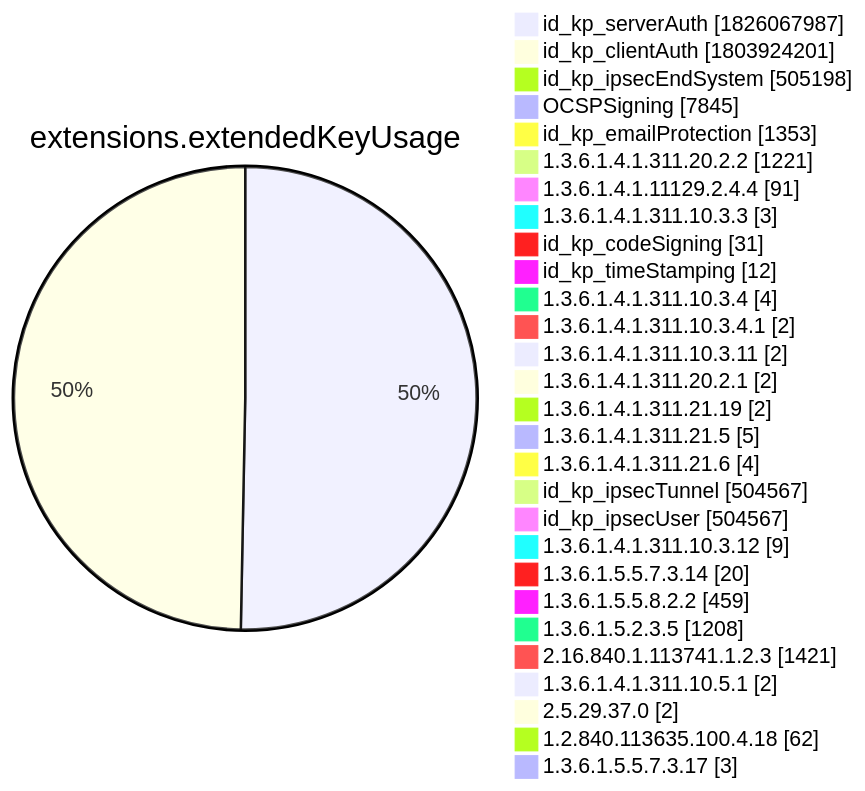
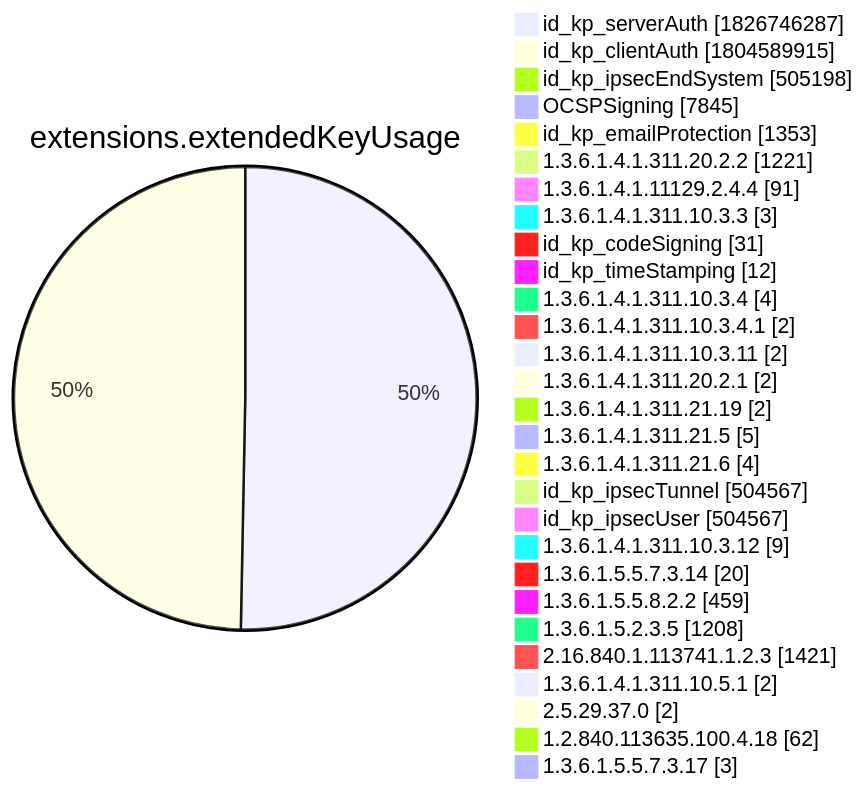
Before and after one commit to christiankrug/ctmonitor_visualization: diagram 12 of 15 in xenon2022/README.md, drawn with Mermaid. The commit also changed other lines of this file, not shown here.

````diff
--- a/xenon2022/README.md
+++ b/xenon2022/README.md
@@ -3895,32 +3895,32 @@
 ```mermaid
 pie showData
 title extensions.extendedKeyUsage
-"id_kp_serverAuth" :1826067987
-"id_kp_clientAuth" :1803924201
+"id_kp_serverAuth" :1826746287
+"id_kp_clientAuth" :1804589915
 "id_kp_ipsecEndSystem" :505198
 "OCSPSigning" :7845
 "id_kp_emailProtection" :1353
 "1.3.6.1.4.1.311.20.2.2" :1221
 "1.3.6.1.4.1.11129.2.4.4" :91
 "1.3.6.1.4.1.311.10.3.3" :3
 "id_kp_codeSigning" :31
 "id_kp_timeStamping" :12
 "1.3.6.1.4.1.311.10.3.4" :4
 "1.3.6.1.4.1.311.10.3.4.1" :2
 "1.3.6.1.4.1.311.10.3.11" :2
 "1.3.6.1.4.1.311.20.2.1" :2
 "1.3.6.1.4.1.311.21.19" :2
 "1.3.6.1.4.1.311.21.5" :5
 "1.3.6.1.4.1.311.21.6" :4
 "id_kp_ipsecTunnel" :504567
 "id_kp_ipsecUser" :504567
 "1.3.6.1.4.1.311.10.3.12" :9
 "1.3.6.1.5.5.7.3.14" :20
 "1.3.6.1.5.5.8.2.2" :459
 "1.3.6.1.5.2.3.5" :1208
 "2.16.840.1.113741.1.2.3" :1421
 "1.3.6.1.4.1.311.10.5.1" :2
 "2.5.29.37.0" :2
 "1.2.840.113635.100.4.18" :62
 "1.3.6.1.5.5.7.3.17" :3
 ```
````
